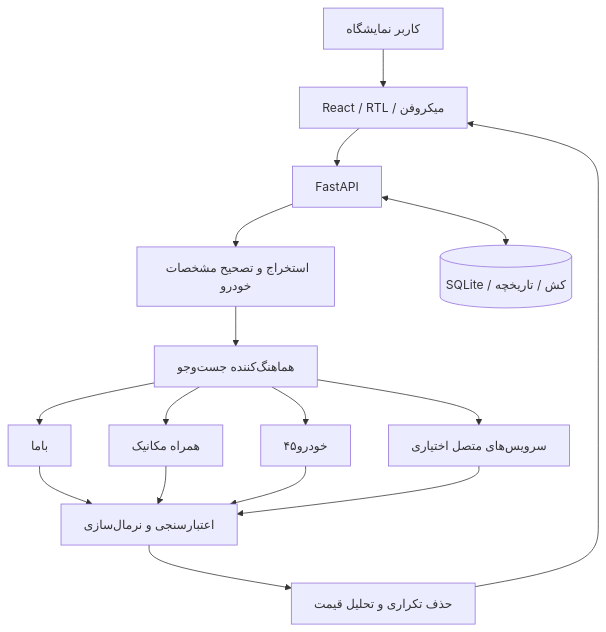
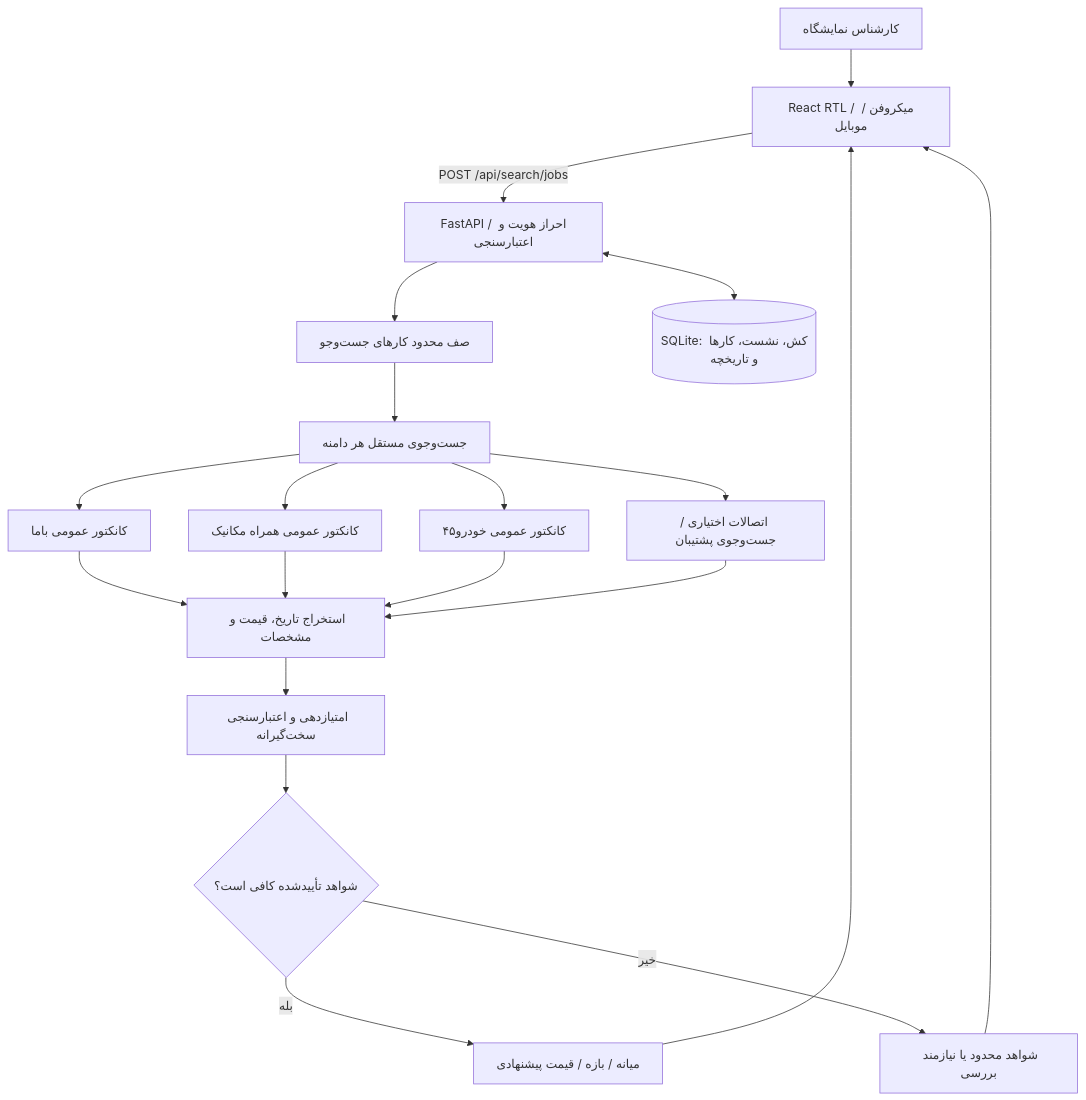
Before and after one commit to daneshavaran2/davoodi-car: the diagram in README.md, drawn with Mermaid. The commit also changed other lines of this file and 24 other files, not shown here.

````diff
--- a/README.md
+++ b/README.md
@@ -44,18 +22,22 @@
 ```mermaid
 flowchart TD
-    U[کاربر نمایشگاه] --> F[React / RTL / میکروفن]
-    F --> A[FastAPI]
-    A --> V[استخراج و تصحیح مشخصات خودرو]
-    V --> C[هماهنگ‌کننده جست‌وجو]
-    C --> B[باما]
-    C --> H[همراه مکانیک]
-    C --> K[خودرو۴۵]
-    C --> E[سرویس‌های متصل اختیاری]
-    B --> N[اعتبارسنجی و نرمال‌سازی]
-    H --> N
-    K --> N
-    E --> N
-    N --> P[حذف تکراری و تحلیل قیمت]
-    P --> F
-    A <--> DB[(SQLite / کش / تاریخچه)]
+  U[کارشناس نمایشگاه] --> UI[React RTL / میکروفن / موبایل]
+  UI -->|POST /api/search/jobs| API[FastAPI / احراز هویت و اعتبارسنجی]
+  API --> Q[صف محدود کارهای جست‌وجو]
+  Q --> S[جست‌وجوی مستقل هر دامنه]
+  S --> B[کانکتور عمومی باما]
+  S --> H[کانکتور عمومی همراه مکانیک]
+  S --> K[کانکتور عمومی خودرو۴۵]
+  S --> O[اتصالات اختیاری / جست‌وجوی پشتیبان]
+  B --> V[استخراج تاریخ، قیمت و مشخصات]
+  H --> V
+  K --> V
+  O --> V
+  V --> E[امتیازدهی و اعتبارسنجی سخت‌گیرانه]
+  E --> R{شواهد تأییدشده کافی است؟}
+  R -->|بله| P[میانه / بازه / قیمت پیشنهادی]
+  R -->|خیر| W[شواهد محدود یا نیازمند بررسی]
+  P --> UI
+  W --> UI
+  API <--> DB[(SQLite: کش، نشست، کارها و تاریخچه)]
 ```
````
